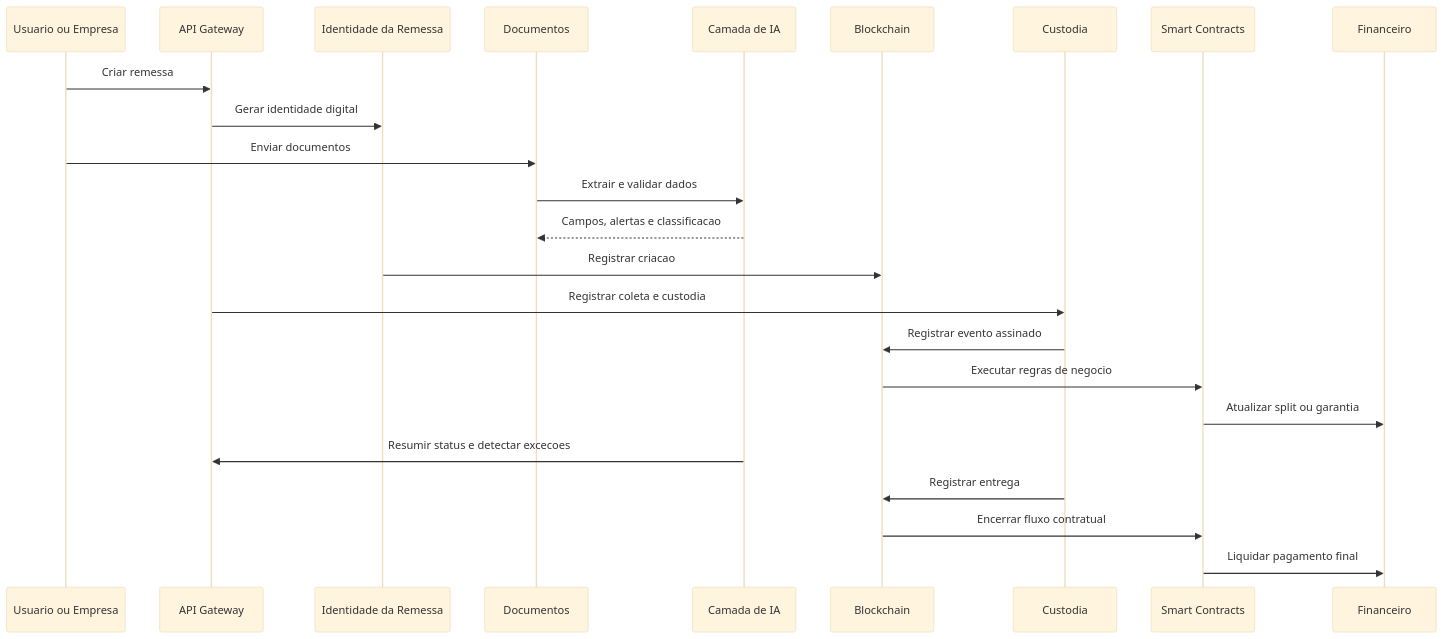
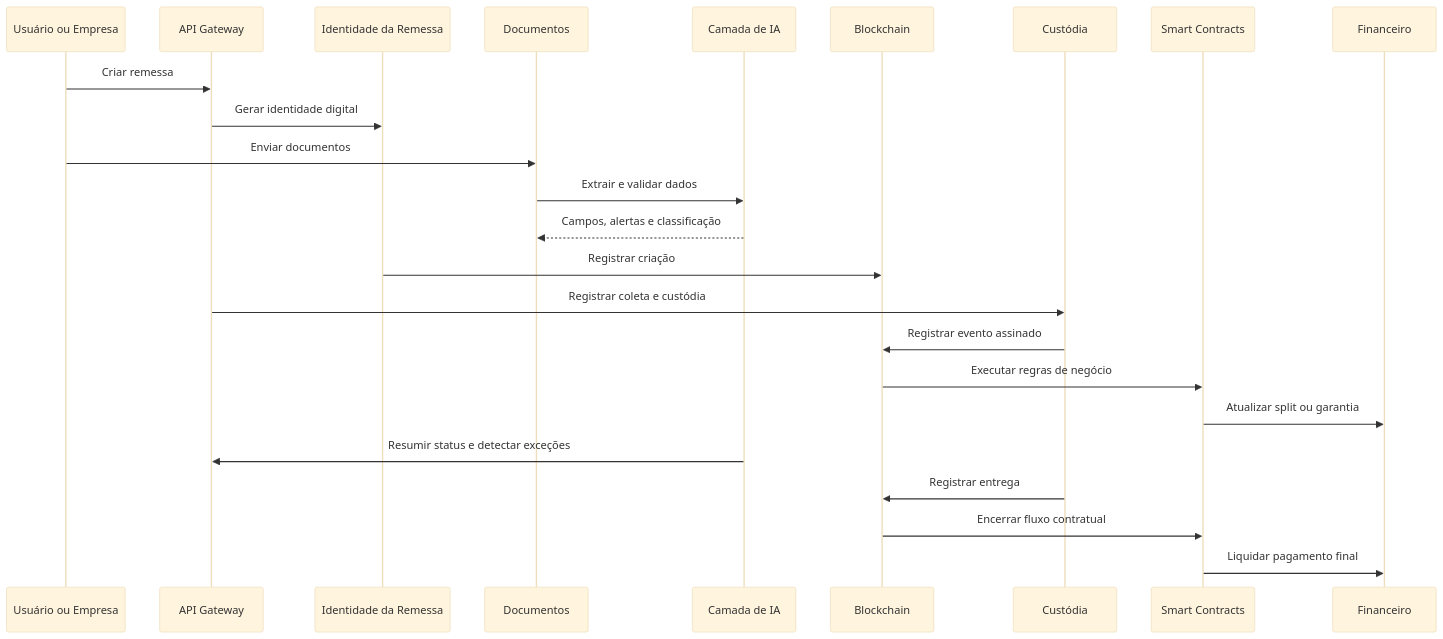
The third of 3 diagrams in OBSIDIAN_BRAIN.md (danielbfs/PostalTrust), drawn with Mermaid (base theme) before and after one commit. The commit also changed other lines of this file and 5 other files, not shown here.

````diff
--- a/OBSIDIAN_BRAIN.md
+++ b/OBSIDIAN_BRAIN.md
@@ -124,27 +124,27 @@
 ```mermaid
 sequenceDiagram
-    participant U as Usuario ou Empresa
+    participant U as Usuário ou Empresa
     participant API as API Gateway
     participant ID as Identidade da Remessa
     participant DOC as Documentos
     participant AI as Camada de IA
     participant BC as Blockchain
-    participant CU as Custodia
+    participant CU as Custódia
     participant SC as Smart Contracts
     participant FI as Financeiro
 
     U->>API: Criar remessa
     API->>ID: Gerar identidade digital
     U->>DOC: Enviar documentos
     DOC->>AI: Extrair e validar dados
-    AI-->>DOC: Campos, alertas e classificacao
-    ID->>BC: Registrar criacao
-    API->>CU: Registrar coleta e custodia
+    AI-->>DOC: Campos, alertas e classificação
+    ID->>BC: Registrar criação
+    API->>CU: Registrar coleta e custódia
     CU->>BC: Registrar evento assinado
-    BC->>SC: Executar regras de negocio
+    BC->>SC: Executar regras de negócio
     SC->>FI: Atualizar split ou garantia
-    AI->>API: Resumir status e detectar excecoes
+    AI->>API: Resumir status e detectar exceções
     CU->>BC: Registrar entrega
     BC->>SC: Encerrar fluxo contratual
     SC->>FI: Liquidar pagamento final
 ```
````
